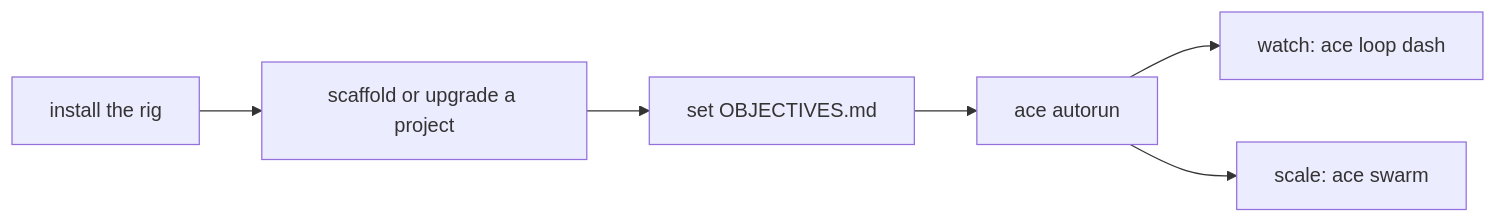
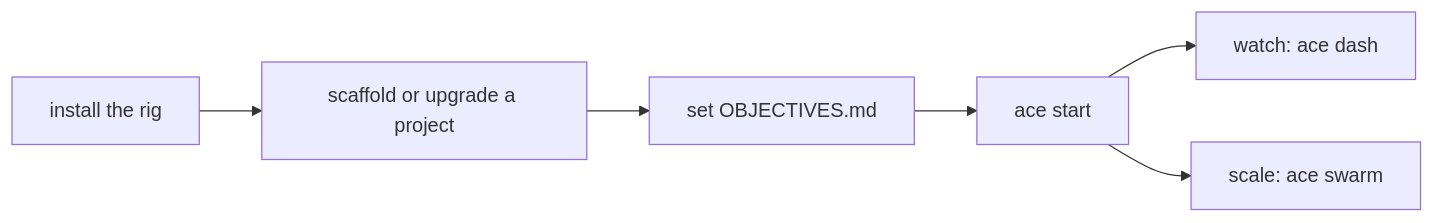
One commit to buagi/ace changed the diagram in docs/README.md. Above: the diagram before and after it, drawn with Mermaid. The commit also changed 19 other files, not shown here.

````diff
--- a/docs/README.md
+++ b/docs/README.md
@@ -7,8 +7,8 @@
 ```mermaid
 flowchart LR
   A[install the rig] --> B[scaffold or upgrade a project]
   B --> C[set OBJECTIVES.md]
-  C --> D[ace autorun]
-  D --> E[watch: ace loop dash]
+  C --> D[ace start]
+  D --> E[watch: ace dash]
   D --> F[scale: ace swarm]
 ```
````
